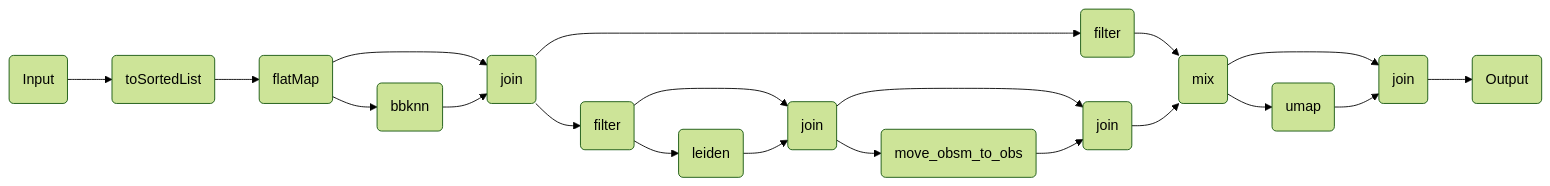
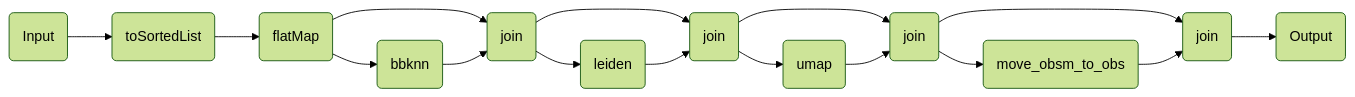
The diagram in components/workflows/multiomics/integration/bbknn_leiden.qmd (openpipelines-bio/website), drawn with Mermaid (forest theme) before and after one commit. The commit also changed other lines of this file and 92 other files, not shown here.

````diff
--- a/components/workflows/multiomics/integration/bbknn_leiden.qmd
+++ b/components/workflows/multiomics/integration/bbknn_leiden.qmd
@@ -143,39 +143,32 @@
 ```{mermaid}
 %%| column: screen-inset-shaded
 flowchart LR
     v0(Input)
     v2(toSortedList)
     v4(flatMap)
     v10(bbknn)
     v12(join)
-    v15(filter)
-    v21(leiden)
-    v23(join)
-    v31(move_obsm_to_obs)
-    v33(join)
-    v37(mix)
-    v36(filter)
-    v43(umap)
-    v45(join)
-    v51(Output)
-    v36-->v37
+    v20(leiden)
+    v22(join)
+    v30(umap)
+    v32(join)
+    v40(move_obsm_to_obs)
+    v42(join)
+    v48(Output)
     v0-->v2
     v2-->v4
     v4-->v12
     v4-->v10
     v10-->v12
-    v12-->v15
-    v12-->v36
-    v15-->v23
-    v15-->v21
-    v21-->v23
-    v23-->v33
-    v23-->v31
-    v31-->v33
-    v33-->v37
-    v37-->v45
-    v37-->v43
-    v43-->v45
-    v45-->v51
+    v12-->v22
+    v12-->v20
+    v20-->v22
+    v22-->v32
+    v22-->v30
+    v30-->v32
+    v32-->v42
+    v32-->v40
+    v40-->v42
+    v42-->v48
 
 ```
````
